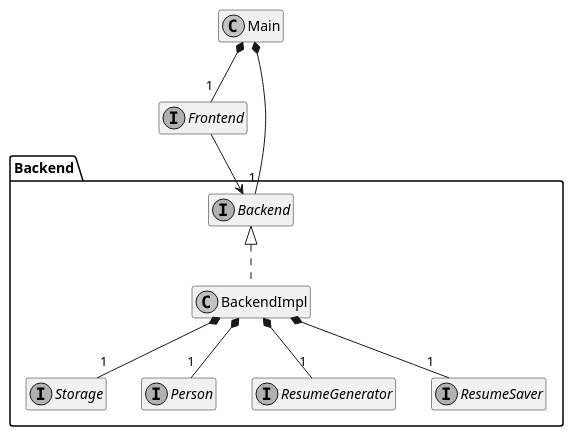
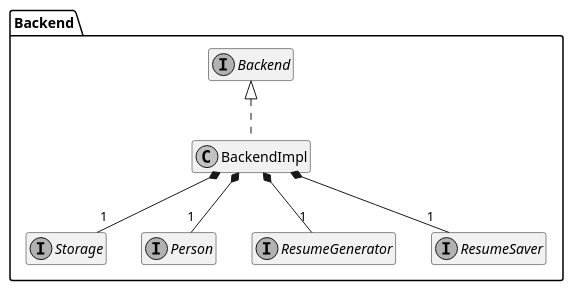
One commit to marckysan/ResuMe changed the diagram in docs/diagrams/BackendArchitectureClassDiagram.puml. Above: the diagram before and after it, drawn with PlantUML. The commit also changed 4 other files, not shown here.

Commit message:
Update UML diagrams

```diff
--- a/docs/diagrams/BackendArchitectureClassDiagram.puml
+++ b/docs/diagrams/BackendArchitectureClassDiagram.puml
@@ -1,30 +1,24 @@
 @startuml
 
 skinparam monochrome true
 hide empty members
-
-class Main
-interface Frontend
-Main *-- "1" Backend.Backend
-Main *-- "1" Frontend
-Frontend --> Backend.Backend
 
 namespace Backend {
 
 interface Backend
 class BackendImpl
 Backend <|.. BackendImpl
 
 interface Storage
 interface Person
 interface ResumeGenerator
 interface ResumeSaver
 
 BackendImpl *-- "1" Storage
 BackendImpl *-- "1" Person
 BackendImpl *-- "1" ResumeGenerator
 BackendImpl *-- "1" ResumeSaver
 
 }
 
 @enduml
```
